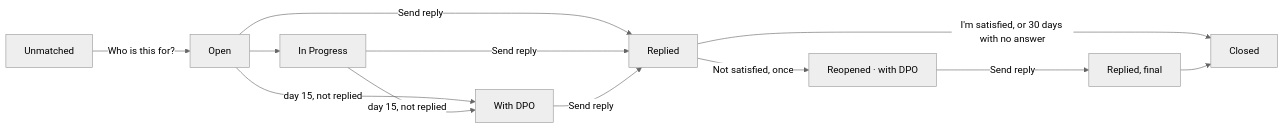
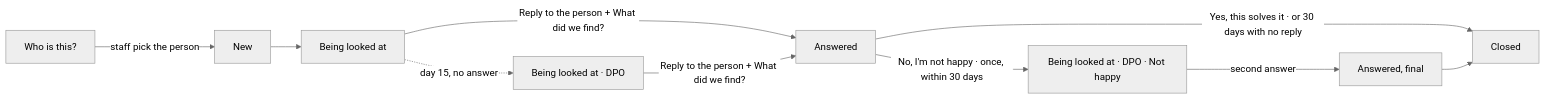
Before and after one commit to sunandan89/anumati: the diagram in docs/design/rights-and-grievances.md, drawn with Mermaid (neutral theme). The commit also changed other lines of this file and 7 other files, not shown here.

````diff
--- a/docs/design/rights-and-grievances.md
+++ b/docs/design/rights-and-grievances.md
@@ -92,10 +115,10 @@
 ```mermaid
 flowchart LR
-  O[Open] --> P[In Progress]
-  U[Unmatched] -->|Who is this for?| O
-  O & P -->|day 15, not replied| D[With DPO]
-  O & P & D -->|Send reply| R[Replied]
-  R -->|I'm satisfied, or 30 days with no answer| C[Closed]
-  R -->|Not satisfied, once| X[Reopened · with DPO]
-  X -->|Send reply| R2[Replied, final] --> C
+  W[Who is this?] -->|staff pick the person| N[New]
+  N --> L[Being looked at]
+  L -.->|day 15, no answer| L2[Being looked at · DPO]
+  L & L2 -->|Reply to the person + What did we find?| A[Answered]
+  A -->|Yes, this solves it · or 30 days with no reply| C[Closed]
+  A -->|No, I'm not happy · once, within 30 days| L3[Being looked at · DPO · Not happy]
+  L3 -->|second answer| A2[Answered, final] --> C
 ```
````
